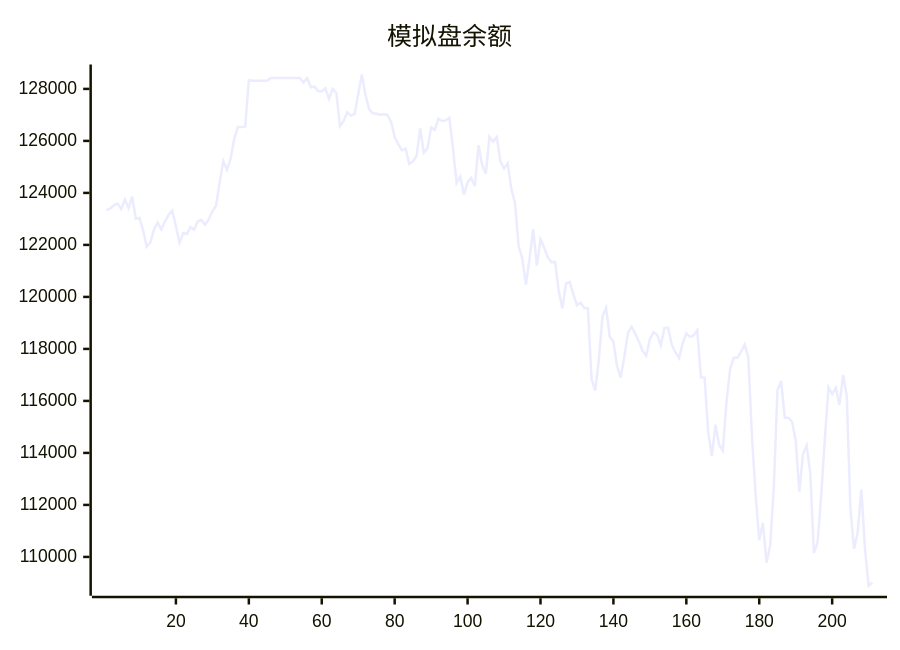
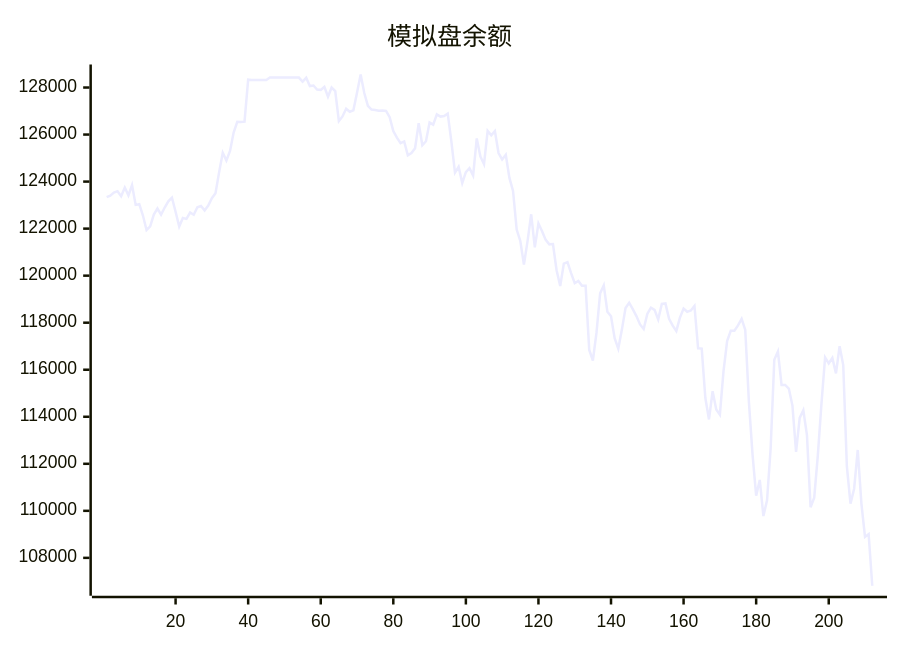
One commit to aahl/ai-trading changed the diagram in README.md. Above: the diagram before and after it, drawn with Mermaid. The commit also changed other lines of this file and 1 other file, not shown here.

````diff
--- a/README.md
+++ b/README.md
@@ -5,5 +5,5 @@
 ```mermaid
 xychart
     title "模拟盘余额"
-    line [123338,123402,123530,123592,123378,123745,123413,123853,123009,123040,122557,121938,122095,122599,122856,122597,122898,123160,123319,122719,122087,122454,122416,122685,122592,122907,122961,122776,122981,123295,123507,124403,125224,124894,125303,126088,126544,126534,126549,128335,128318,128318,128318,128318,128318,128424,128424,128424,128424,128424,128424,128424,128424,128424,128247,128412,128062,128087,127917,127901,128026,127611,128000,127850,126572,126770,127100,126971,127029,127783,128554,127765,127224,127064,127044,127009,127025,127004,126738,126152,125871,125635,125707,125117,125217,125420,126480,125545,125715,126511,126424,126856,126764,126788,126890,125710,124381,124632,123936,124402,124574,124256,125833,125070,124739,126154,125966,126145,125213,124943,125143,124157,123604,121959,121476,120476,121470,122610,121201,122221,121889,121522,121332,121344,120232,119559,120513,120577,120108,119680,119777,119572,119568,116839,116392,117573,119250,119585,118469,118277,117338,116897,117706,118628,118849,118579,118280,117926,117735,118373,118639,118544,118136,118798,118819,118162,117874,117649,118215,118601,118463,118517,118713,116911,116899,114798,113887,115084,114313,114091,115934,117221,117658,117658,117883,118164,117693,114632,112403,110644,111313,109777,110444,112673,116419,116772,115355,115355,115198,114476,112510,113954,114276,113223,110151,110561,112361,114562,116522,116265,116500,115845,117000,116199,111887,110306,110942,112588,110318,108891,109011]
+    line [123338,123402,123530,123592,123378,123745,123413,123853,123009,123040,122557,121938,122095,122599,122856,122597,122898,123160,123319,122719,122087,122454,122416,122685,122592,122907,122961,122776,122981,123295,123507,124403,125224,124894,125303,126088,126544,126534,126549,128335,128318,128318,128318,128318,128318,128424,128424,128424,128424,128424,128424,128424,128424,128424,128247,128412,128062,128087,127917,127901,128026,127611,128000,127850,126572,126770,127100,126971,127029,127783,128554,127765,127224,127064,127044,127009,127025,127004,126738,126152,125871,125635,125707,125117,125217,125420,126480,125545,125715,126511,126424,126856,126764,126788,126890,125710,124381,124632,123936,124402,124574,124256,125833,125070,124739,126154,125966,126145,125213,124943,125143,124157,123604,121959,121476,120476,121470,122610,121201,122221,121889,121522,121332,121344,120232,119559,120513,120577,120108,119680,119777,119572,119568,116839,116392,117573,119250,119585,118469,118277,117338,116897,117706,118628,118849,118579,118280,117926,117735,118373,118639,118544,118136,118798,118819,118162,117874,117649,118215,118601,118463,118517,118713,116911,116899,114798,113887,115084,114313,114091,115934,117221,117658,117658,117883,118164,117693,114632,112403,110644,111313,109777,110444,112673,116419,116772,115355,115355,115198,114476,112510,113954,114276,113223,110151,110561,112361,114562,116522,116265,116500,115845,117000,116199,111887,110306,110942,112588,110318,108891,109011,106814]
 ```
````
